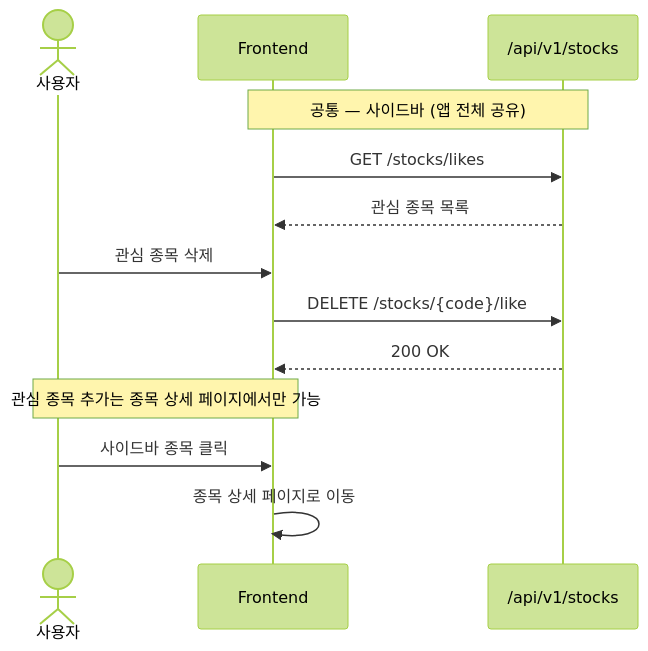
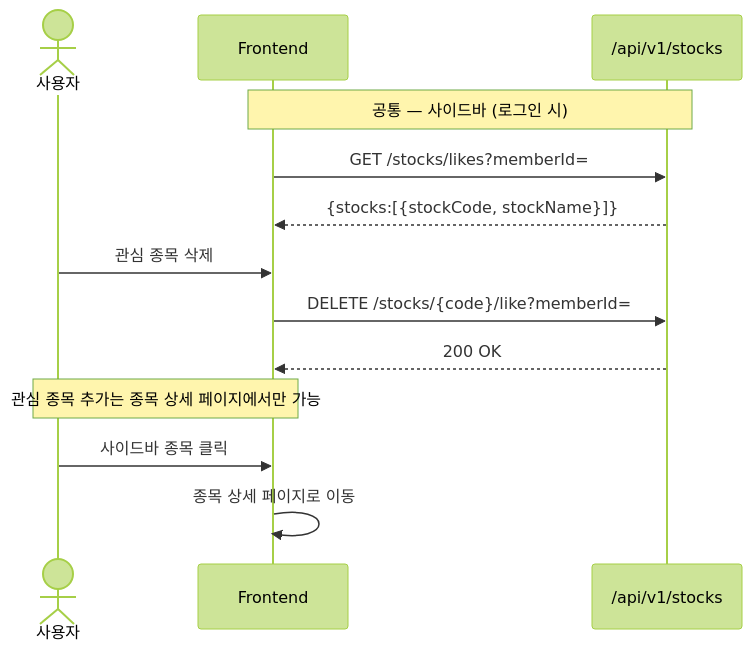
The first of 7 diagrams in docs/시퀀스 다이어그램.md (Burning-In/backend), drawn with Mermaid (forest theme) before and after one commit. The commit also changed other lines of this file, not shown here.

Commit message:
docs: 시퀀스 다이어그램 보완

````diff
--- a/docs/시퀀스 다이어그램.md
+++ b/docs/시퀀스 다이어그램.md
@@ -7,19 +17,19 @@
 ```mermaid
 sequenceDiagram
     actor U as 사용자
     participant FE as Frontend
     participant STOCK as /api/v1/stocks
 
-    Note over FE,STOCK: 공통 — 사이드바 (앱 전체 공유)
-    FE->>STOCK: GET /stocks/likes
-    STOCK-->>FE: 관심 종목 목록
+    Note over FE,STOCK: 공통 — 사이드바 (로그인 시)
+    FE->>STOCK: GET /stocks/likes?memberId=
+    STOCK-->>FE: {stocks:[{stockCode, stockName}]}
 
     U->>FE: 관심 종목 삭제
-    FE->>STOCK: DELETE /stocks/{code}/like
+    FE->>STOCK: DELETE /stocks/{code}/like?memberId=
     STOCK-->>FE: 200 OK
 
     Note over U,FE: 관심 종목 추가는 종목 상세 페이지에서만 가능
 
     U->>FE: 사이드바 종목 클릭
     FE->>FE: 종목 상세 페이지로 이동
 ```
````
